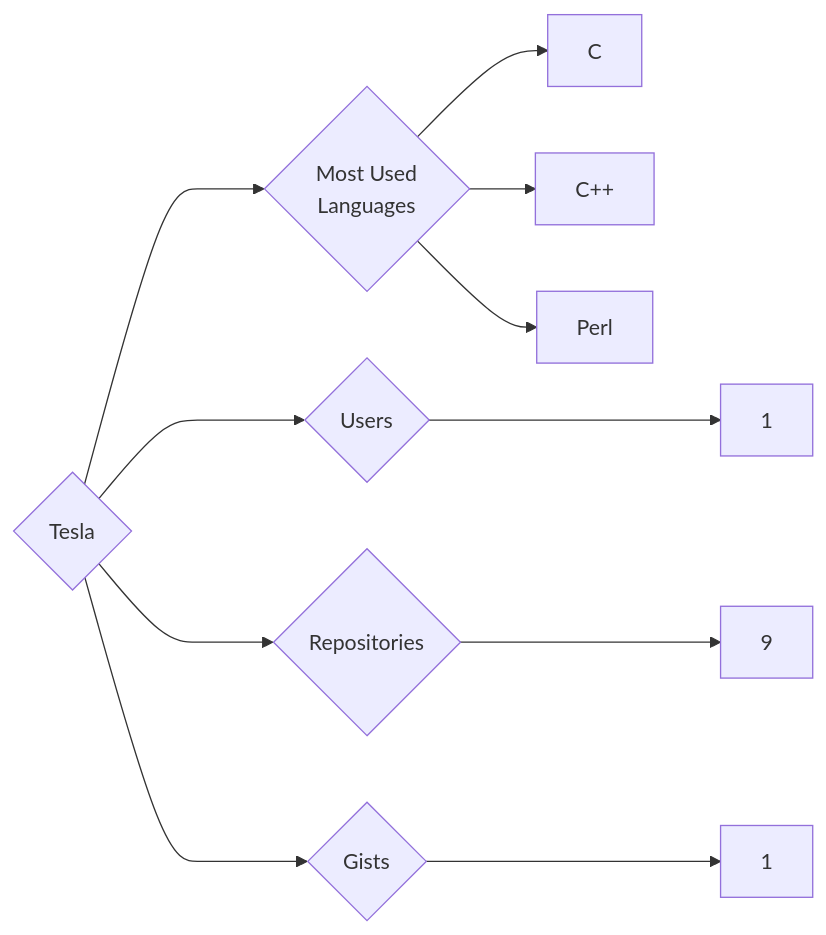
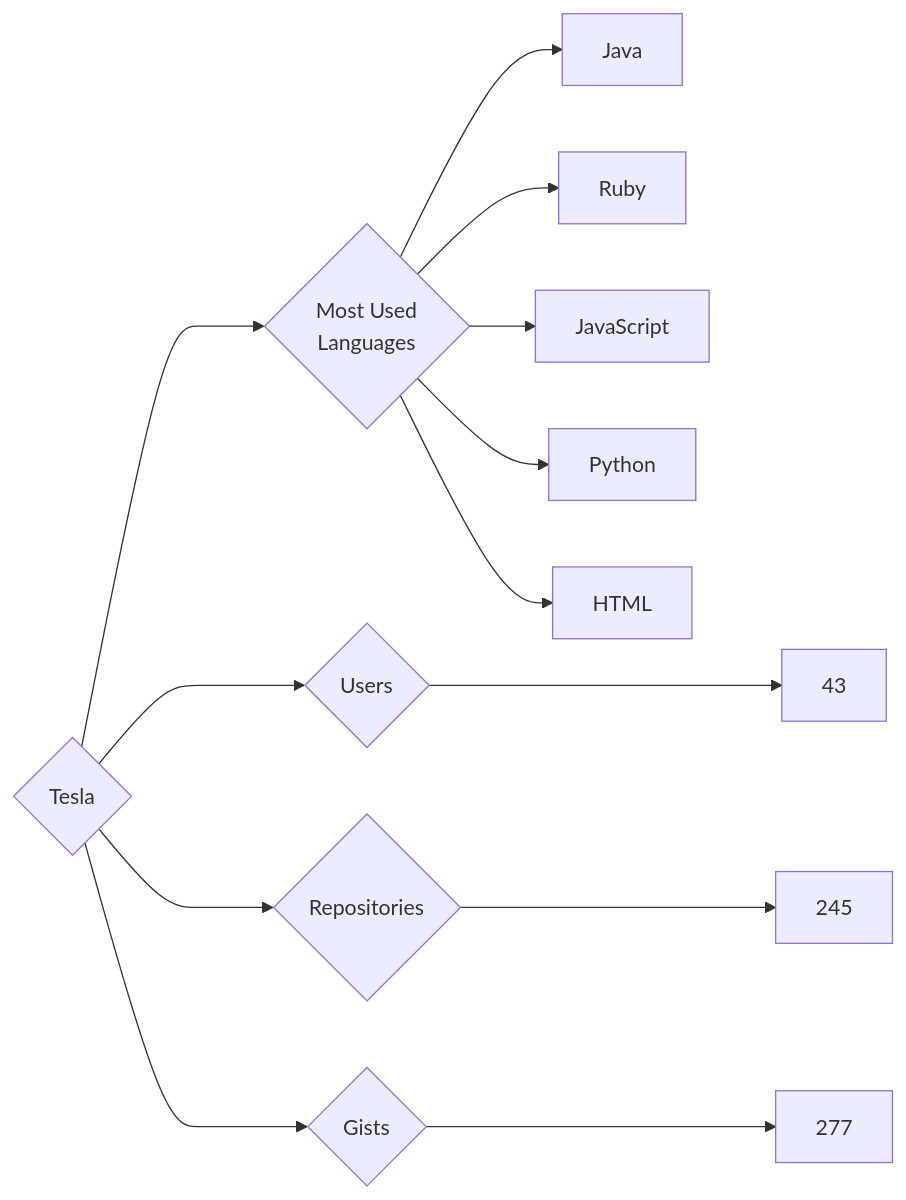
One commit to trickest/insiders changed the diagram in targets/Tesla/README.md. Above: the diagram before and after it, drawn with Mermaid. The commit also changed 877 other files, not shown here.

````diff
--- a/targets/Tesla/README.md
+++ b/targets/Tesla/README.md
@@ -3,11 +3,13 @@
 ```mermaid
 graph LR
 COMPANY_NAME{Tesla}
-COMPANY_NAME ---> U{Users} ---> UN[1]
-COMPANY_NAME ---> R{Repositories} ---> RN[9]
-COMPANY_NAME ---> G{Gists} ---> GN[1]
+COMPANY_NAME ---> U{Users} ---> UN[43]
+COMPANY_NAME ---> R{Repositories} ---> RN[245]
+COMPANY_NAME ---> G{Gists} ---> GN[277]
 COMPANY_NAME ---> ML{Most Used<br>Languages}
-ML --> C[C]
-ML --> C++[C++]
-ML --> Perl[Perl]
+ML --> Java[Java]
+ML --> Ruby[Ruby]
+ML --> JavaScript[JavaScript]
+ML --> Python[Python]
+ML --> HTML[HTML]
 ```
````
